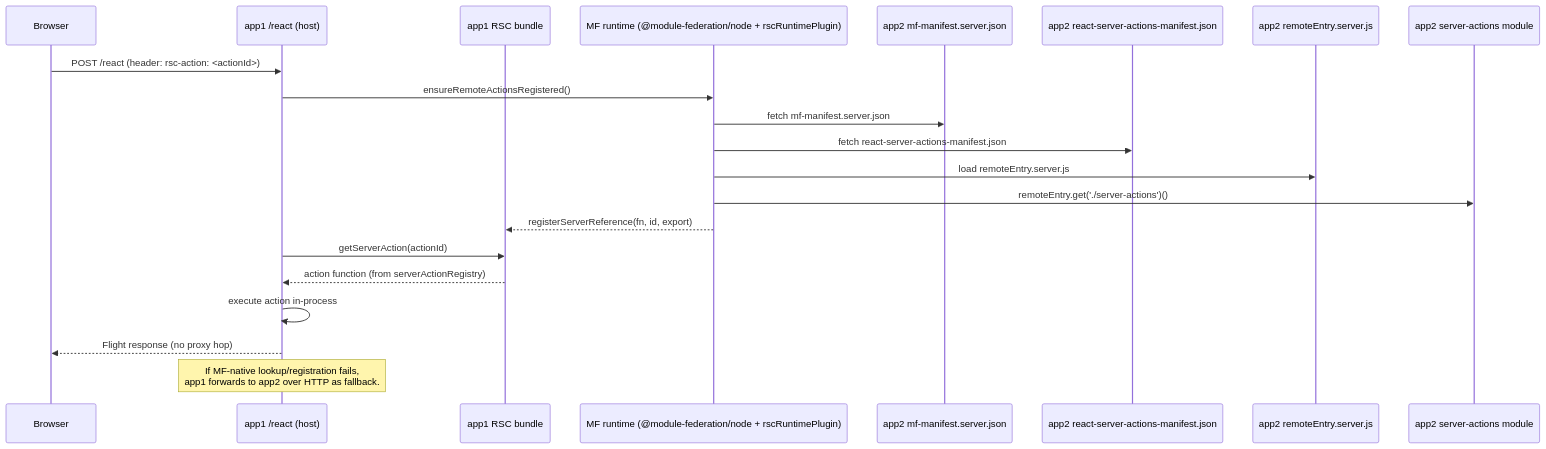
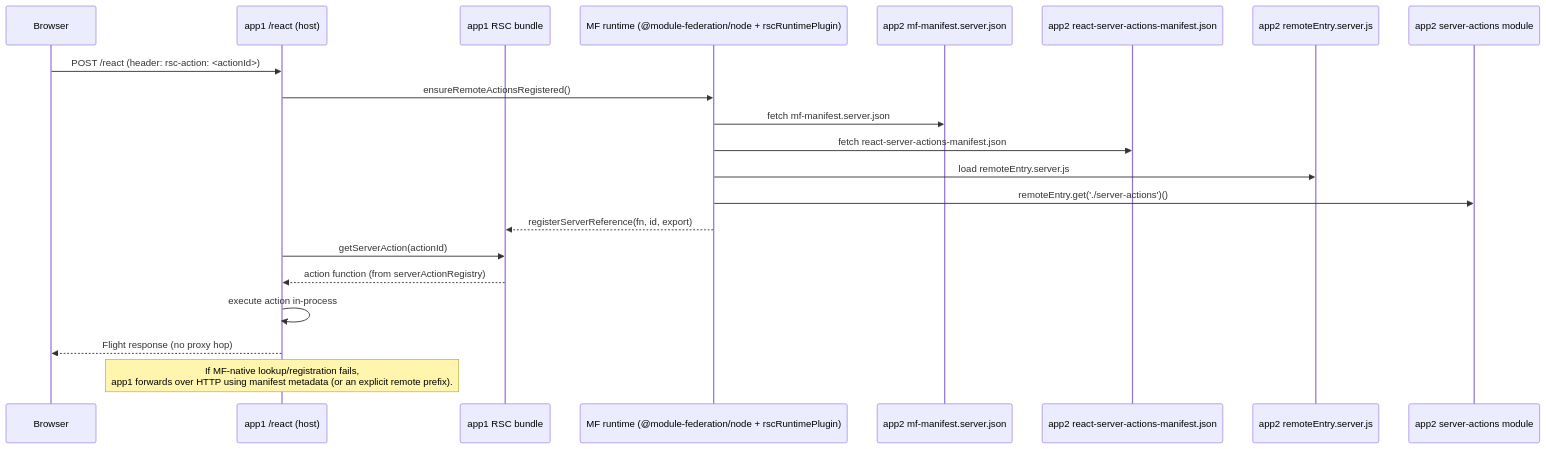
Before and after one commit to module-federation/core: the third of 4 diagrams in RSC_MF_ARCHITECTURE.md, drawn with Mermaid. The commit also changed other lines of this file and 26 other files, not shown here.

````diff
--- a/RSC_MF_ARCHITECTURE.md
+++ b/RSC_MF_ARCHITECTURE.md
@@ -122,25 +122,25 @@
 ```mermaid
 sequenceDiagram
   participant B as Browser
   participant H as app1 /react (host)
   participant R as app1 RSC bundle
   participant MF as MF runtime (@module-federation/node + rscRuntimePlugin)
   participant M2 as app2 mf-manifest.server.json
   participant SA as app2 react-server-actions-manifest.json
   participant C2 as app2 remoteEntry.server.js
   participant A2 as app2 server-actions module
 
   B->>H: POST /react (header: rsc-action: <actionId>)
   H->>MF: ensureRemoteActionsRegistered()
   MF->>M2: fetch mf-manifest.server.json
   MF->>SA: fetch react-server-actions-manifest.json
   MF->>C2: load remoteEntry.server.js
   MF->>A2: remoteEntry.get('./server-actions')()
   MF-->>R: registerServerReference(fn, id, export)
   H->>R: getServerAction(actionId)
   R-->>H: action function (from serverActionRegistry)
   H->>H: execute action in-process
   H-->>B: Flight response (no proxy hop)
 
-  note over H: If MF-native lookup/registration fails,<br/>app1 forwards to app2 over HTTP as fallback.
+  note over H: If MF-native lookup/registration fails,<br/>app1 forwards over HTTP using manifest metadata (or an explicit remote prefix).
 ```
````
